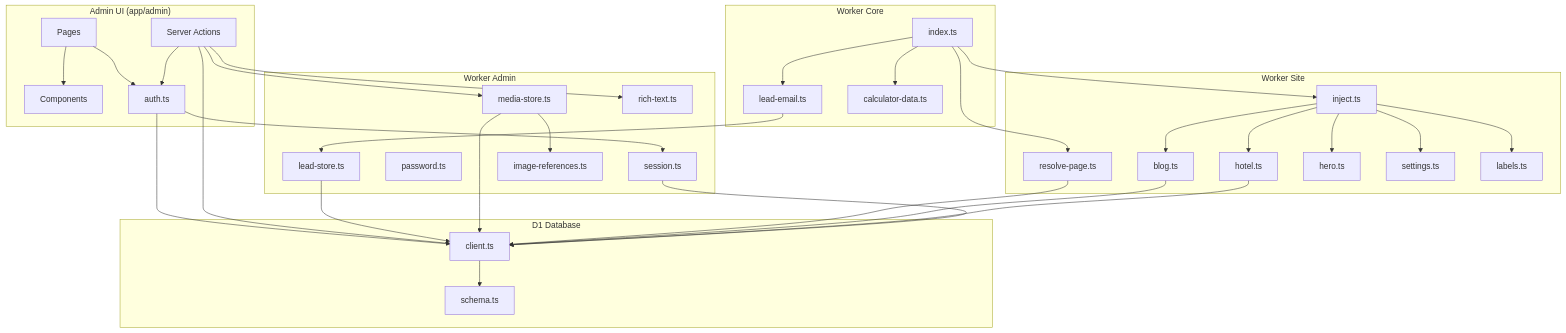
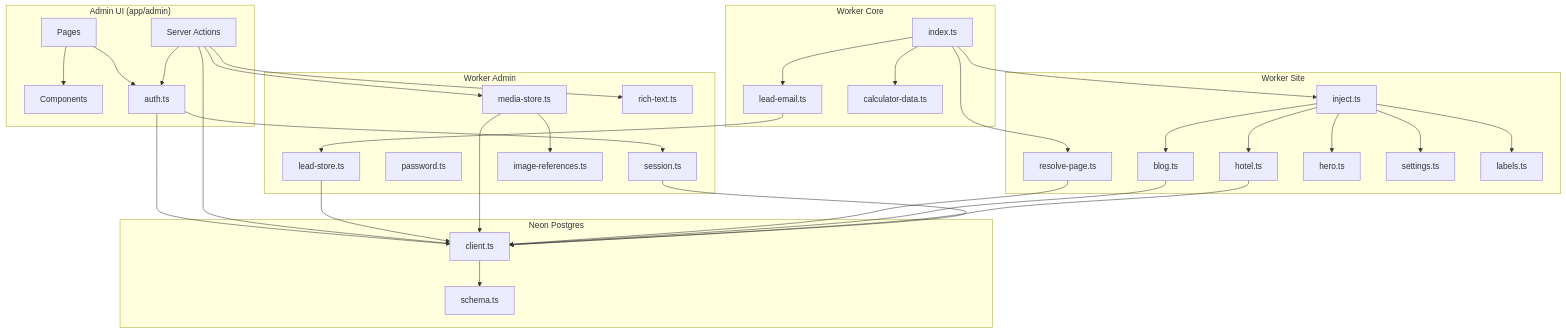
One commit to viraayaweddings/website changed the diagram in docs/12-dependency-map.md. Above: the diagram before and after it, drawn with Mermaid. The commit also changed other lines of this file and 41 other files, not shown here.

````diff
--- a/docs/12-dependency-map.md
+++ b/docs/12-dependency-map.md
@@ -9,68 +9,68 @@
 ```mermaid
 flowchart TB
   subgraph AdminUI["Admin UI (app/admin)"]
     Pages[Pages]
     Actions[Server Actions]
     Components[Components]
     AuthLib[auth.ts]
   end
 
   subgraph WorkerCore["Worker Core"]
     Index[index.ts]
     LeadEmail[lead-email.ts]
     CalcData[calculator-data.ts]
   end
 
   subgraph WorkerAdmin["Worker Admin"]
     Session[session.ts]
     Password[password.ts]
     MediaStore[media-store.ts]
     LeadStore[lead-store.ts]
     RichText[rich-text.ts]
     ImageRefs[image-references.ts]
   end
 
   subgraph WorkerSite["Worker Site"]
     Inject[inject.ts]
     Resolve[resolve-page.ts]
     BlogMod[blog.ts]
     HotelMod[hotel.ts]
     HeroMod[hero.ts]
     SettingsMod[settings.ts]
     LabelsMod[labels.ts]
   end
 
-  subgraph Database["D1 Database"]
+  subgraph Database["Neon Postgres"]
     Schema[schema.ts]
     Client[client.ts]
   end
 
   Pages --> AuthLib
   Pages --> Components
   Actions --> AuthLib
   Actions --> MediaStore
   Actions --> RichText
   AuthLib --> Session
   AuthLib --> Client
   Actions --> Client
 
   Index --> Inject
   Index --> LeadEmail
   Index --> CalcData
   Index --> Resolve
   LeadEmail --> LeadStore
   LeadStore --> Client
   MediaStore --> Client
   MediaStore --> ImageRefs
 
   Inject --> BlogMod
   Inject --> HotelMod
   Inject --> HeroMod
   Inject --> SettingsMod
   Inject --> LabelsMod
   Resolve --> Client
   BlogMod --> Client
   HotelMod --> Client
   Session --> Client
   Client --> Schema
 ```
````
